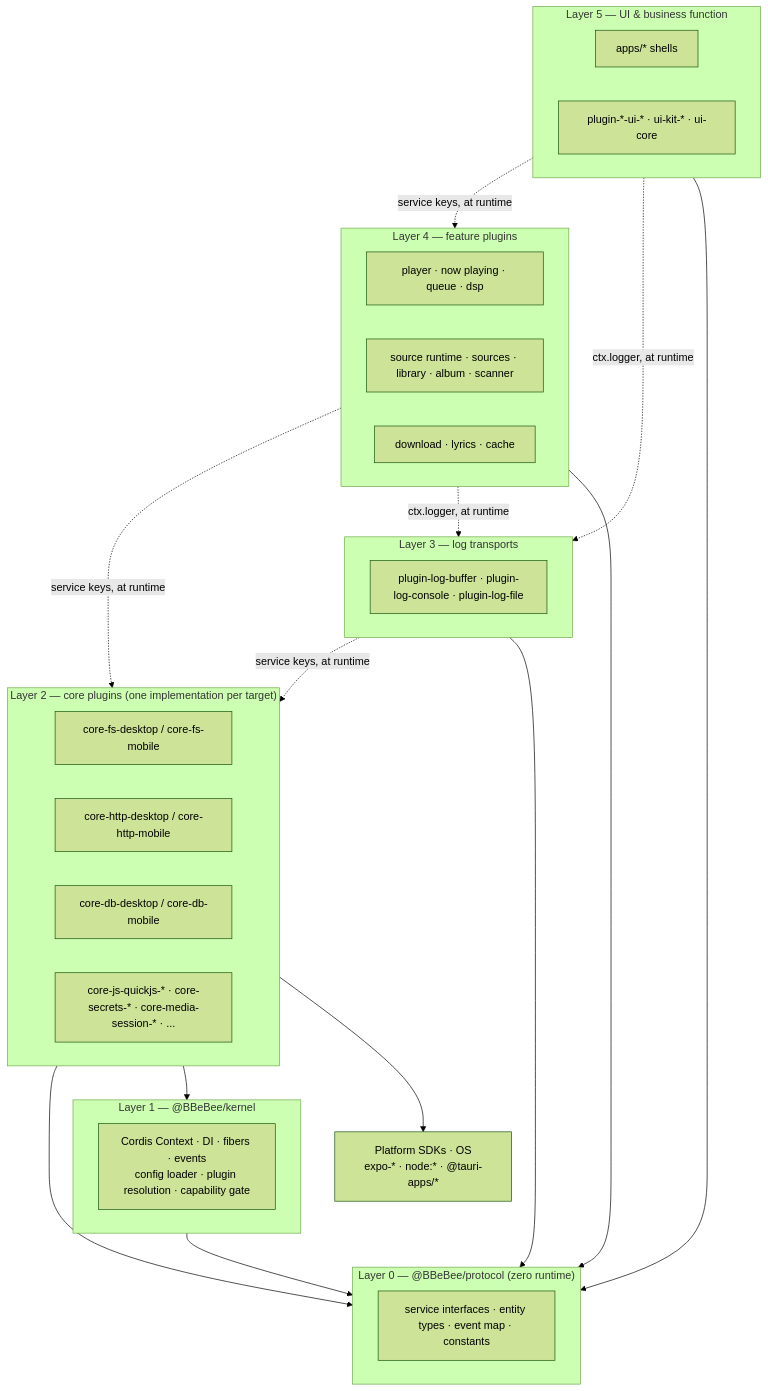
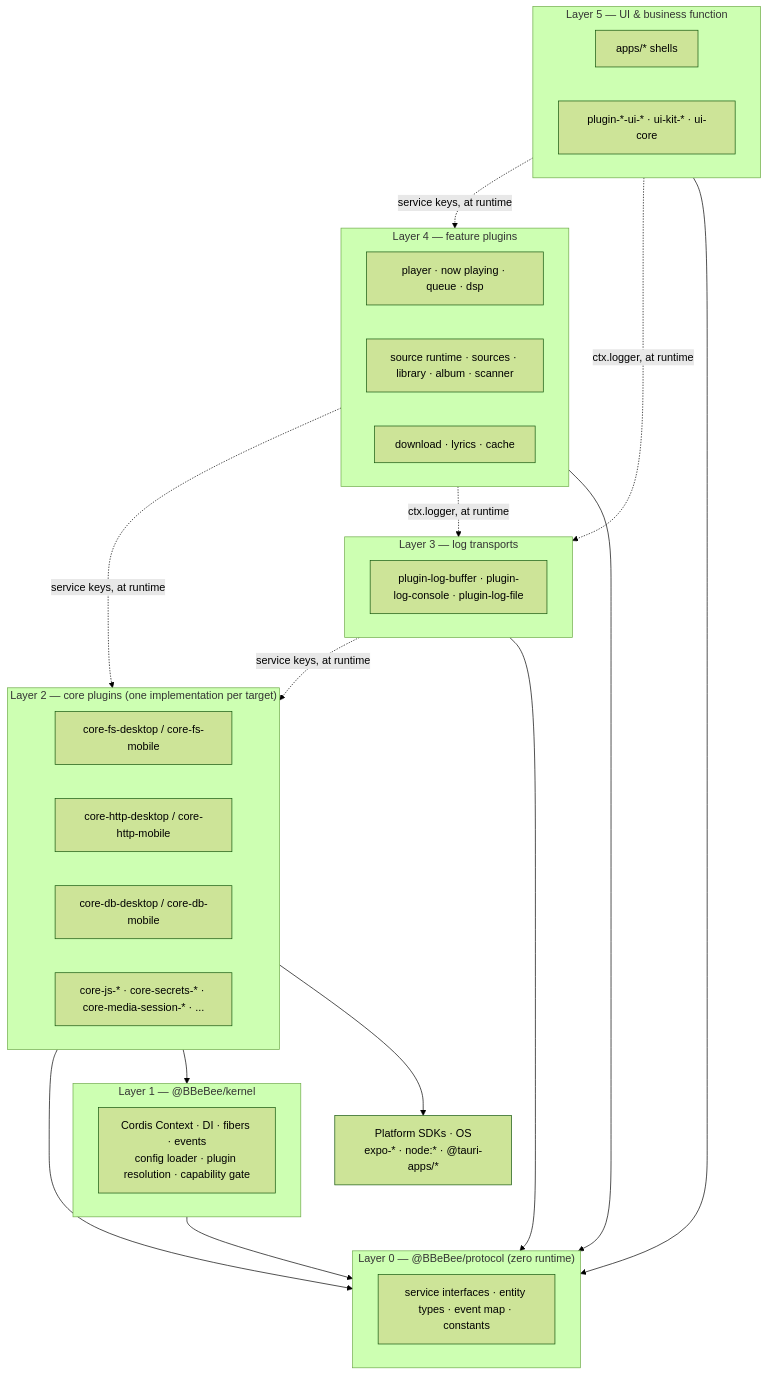
One commit to BBeBeeX/BBeBee changed the first of 4 diagrams in docs/architecture/layers.md. Above: the diagram before and after it, drawn with Mermaid (forest theme). The commit also changed other lines of this file and 152 other files, not shown here.

````diff
--- a/docs/architecture/layers.md
+++ b/docs/architecture/layers.md
@@ -109,41 +109,41 @@
 ```mermaid
 flowchart TD
     subgraph L5["Layer 5 — UI & business function"]
         S["apps/* shells"]
         V["plugin-*-ui-* · ui-kit-* · ui-core"]
     end
     subgraph L4["Layer 4 — feature plugins"]
         F1["player · now playing · queue · dsp"]
         F2["source runtime · sources · library · album · scanner"]
         F3["download · lyrics · cache"]
     end
     subgraph L3["Layer 3 — log transports"]
         G["plugin-log-buffer · plugin-log-console · plugin-log-file"]
     end
     subgraph L2["Layer 2 — core plugins (one implementation per target)"]
         C1["core-fs-desktop / core-fs-mobile"]
         C2["core-http-desktop / core-http-mobile"]
         C3["core-db-desktop / core-db-mobile"]
-        C4["core-js-quickjs-* · core-secrets-* · core-media-session-* · ..."]
+        C4["core-js-* · core-secrets-* · core-media-session-* · ..."]
     end
     subgraph L1["Layer 1 — @BBeBee/kernel"]
         K["Cordis Context · DI · fibers · events<br/>config loader · plugin resolution · capability gate"]
     end
     subgraph L0["Layer 0 — @BBeBee/protocol (zero runtime)"]
         P["service interfaces · entity types · event map · constants"]
     end
     SYS["Platform SDKs · OS<br/>expo-* · node:* · @tauri-apps/*"]
 
     L5 -.->|"service keys, at runtime"| L4
     L5 -.->|"ctx.logger, at runtime"| L3
     L4 -.->|"service keys, at runtime"| L2
     L4 -.->|"ctx.logger, at runtime"| L3
     L3 -.->|"service keys, at runtime"| L2
     L5 --> L0
     L4 --> L0
     L3 --> L0
     L2 --> L0
     L1 --> L0
     L2 --> L1
     L2 --> SYS
 ```
````
